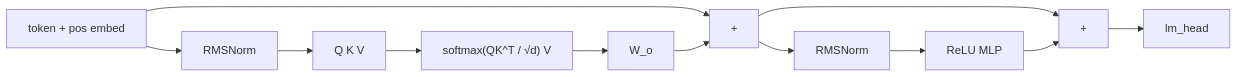
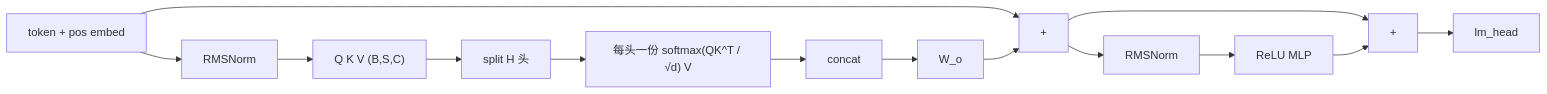
One commit to HiRonald/ai-learning-map changed the diagram in topics/02-transformers/attention-basics/README.md. Above: the diagram before and after it, drawn with Mermaid. The commit also changed other lines of this file and 31 other files, not shown here.

````diff
--- a/topics/02-transformers/attention-basics/README.md
+++ b/topics/02-transformers/attention-basics/README.md
@@ -38,14 +40,16 @@
 ```mermaid
 flowchart LR
   tok["token + pos embed"] --> n1["RMSNorm"]
-  n1 --> qkv["Q K V"]
-  qkv --> attn["softmax(QK^T / √d) V"]
-  attn --> wo["W_o"]
+  n1 --> qkv["Q K V  (B,S,C)"]
+  qkv --> split["split H 头"]
+  split --> attn["每头一份 softmax(QK^T / √d) V"]
+  attn --> cat["concat"]
+  cat --> wo["W_o"]
   tok --> add1["+"]
   wo --> add1
   add1 --> n2["RMSNorm"]
   n2 --> mlp["ReLU MLP"]
   add1 --> add2["+"]
   mlp --> add2
   add2 --> head["lm_head"]
 ```
````
